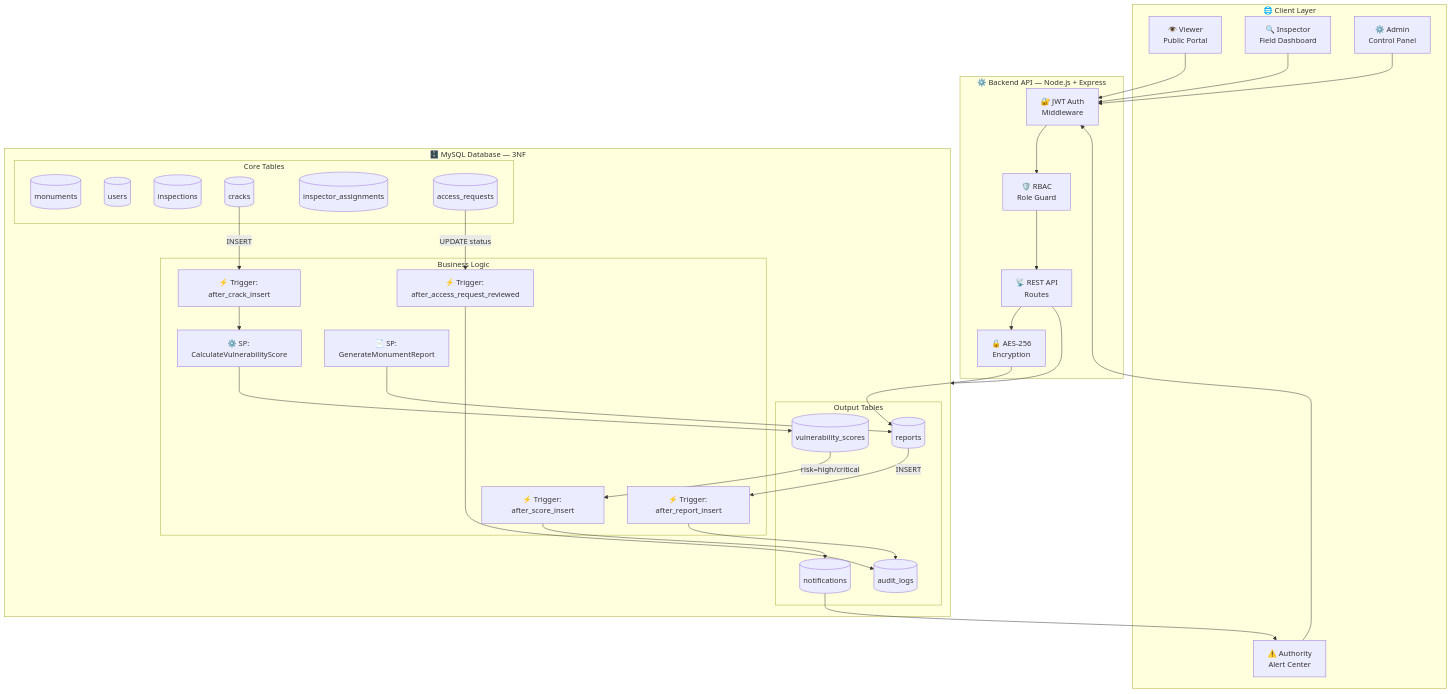
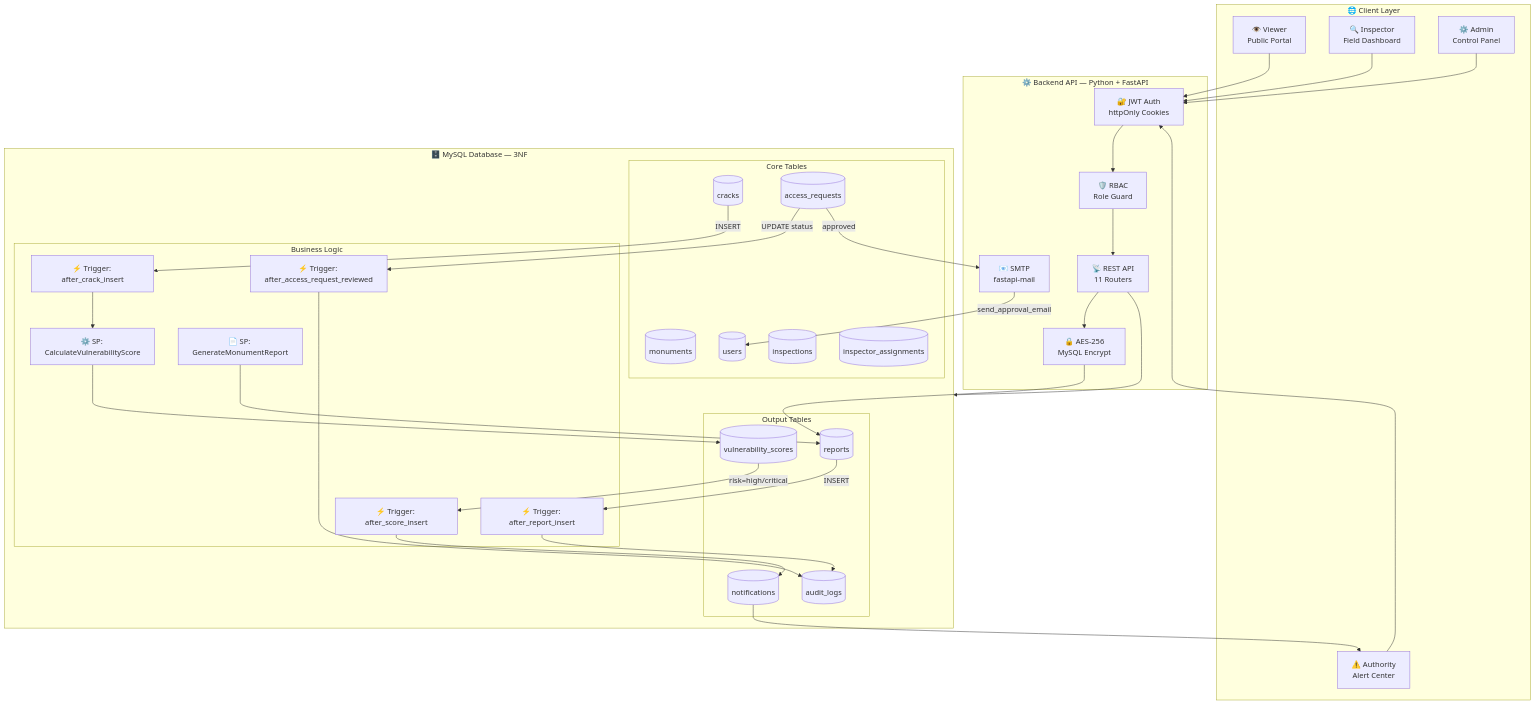
The first of 6 diagrams in README.md (itsAimad/Taroudant-Heritage-Monitoring), drawn with Mermaid before and after one commit. The commit also changed other lines of this file, not shown here.

Commit message:
Changes on the architecture - triggers - workflow

````diff
--- a/README.md
+++ b/README.md
@@ -113,59 +123,62 @@
 ```mermaid
 graph TB
     subgraph CLIENT["🌐 Client Layer"]
         V[👁️ Viewer<br/>Public Portal]
         I[🔍 Inspector<br/>Field Dashboard]
         AU[⚠️ Authority<br/>Alert Center]
         AD[⚙️ Admin<br/>Control Panel]
     end
 
-    subgraph API["⚙️ Backend API — Node.js + Express"]
-        AUTH[🔐 JWT Auth<br/>Middleware]
+    subgraph API["⚙️ Backend API — Python + FastAPI"]
+        AUTH[🔐 JWT Auth<br/>httpOnly Cookies]
         RBAC[🛡️ RBAC<br/>Role Guard]
-        ROUTES[📡 REST API<br/>Routes]
-        ENC[🔒 AES-256<br/>Encryption]
+        ROUTES[📡 REST API<br/>11 Routers]
+        ENC[🔒 AES-256<br/>MySQL Encrypt]
+        EMAIL[📧 SMTP<br/>fastapi-mail]
     end
 
     subgraph DB["🗄️ MySQL Database — 3NF"]
         subgraph CORE["Core Tables"]
             MON[(monuments)]
             USR[(users)]
             INS[(inspections)]
             CRK[(cracks)]
             ASGN[(inspector_assignments)]
             AREQ[(access_requests)]
         end
         subgraph LOGIC["Business Logic"]
             SP1["⚙️ SP: CalculateVulnerabilityScore"]
             SP2["📄 SP: GenerateMonumentReport"]
             T1["⚡ Trigger: after_crack_insert"]
             T2["⚡ Trigger: after_score_insert"]
             T3["⚡ Trigger: after_report_insert"]
             T4["⚡ Trigger: after_access_request_reviewed"]
         end
         subgraph OUTPUT["Output Tables"]
             VS[(vulnerability_scores)]
             NOT[(notifications)]
             REP[(reports)]
             AUD[(audit_logs)]
         end
     end
 
     V & I & AU & AD --> AUTH
     AUTH --> RBAC
     RBAC --> ROUTES
     ROUTES --> DB
     CRK -->|INSERT| T1
     T1 --> SP1
     SP1 --> VS
     VS -->|risk=high/critical| T2
     T2 --> NOT
     NOT --> AU
     SP2 --> REP
     REP -->|INSERT| T3
     T3 --> AUD
     AREQ -->|UPDATE status| T4
     T4 --> AUD
     ROUTES --> ENC
     ENC --> REP
+    AREQ -->|approved| EMAIL
+    EMAIL -->|send_approval_email| USR
 ```
````
